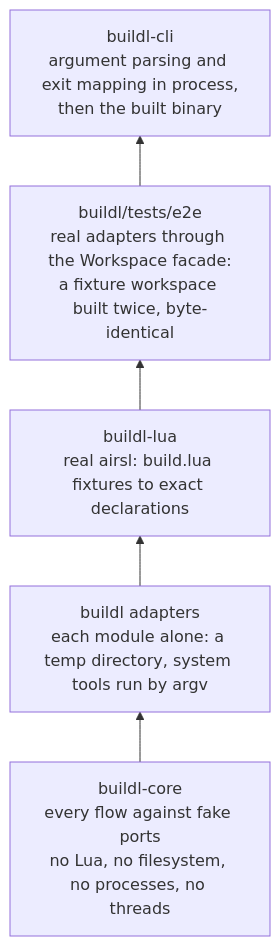
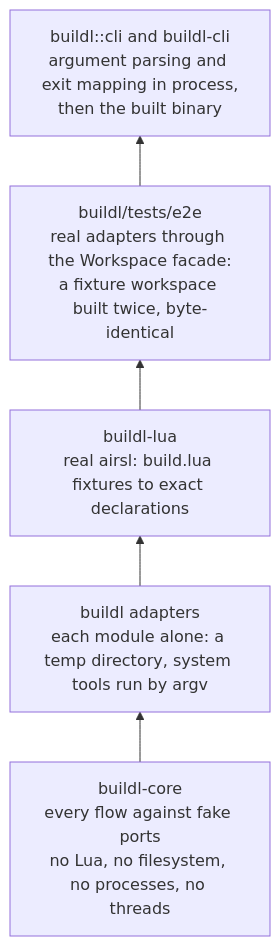
The diagram in book/src/ch11-07-testing-layers.md (airsstack/buildl), drawn with Mermaid before and after one commit. The commit also changed other lines of this file and 4 other files, not shown here.

````diff
--- a/book/src/ch11-07-testing-layers.md
+++ b/book/src/ch11-07-testing-layers.md
@@ -8,10 +8,10 @@
 ```mermaid
 %% Testing layers — the widest coverage at the bottom
 graph BT
     CORE["buildl-core<br/>every flow against fake ports<br/>no Lua, no filesystem, no processes, no threads"]
     ADP["buildl adapters<br/>each module alone: a temp directory, system tools run by argv"]
     LUA["buildl-lua<br/>real airsl: build.lua fixtures to exact declarations"]
     E2E["buildl/tests/e2e<br/>real adapters through the Workspace facade:<br/>a fixture workspace built twice, byte-identical"]
-    CLIT["buildl-cli<br/>argument parsing and exit mapping in process,<br/>then the built binary"]
+    CLIT["buildl::cli and buildl-cli<br/>argument parsing and exit mapping in process,<br/>then the built binary"]
     CORE --> ADP --> LUA --> E2E --> CLIT
 ```
````
